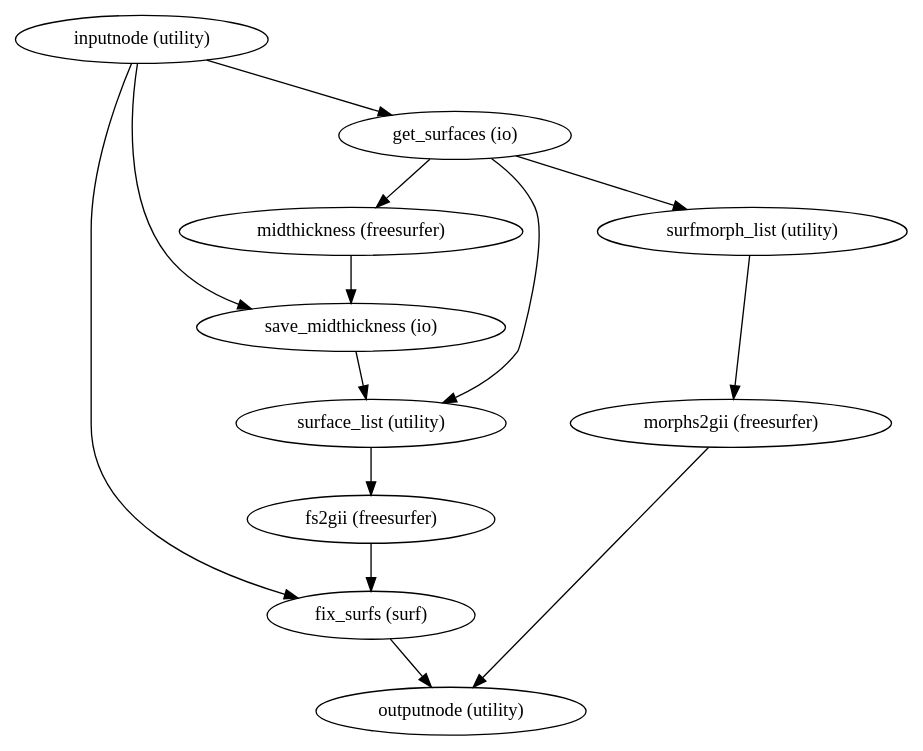
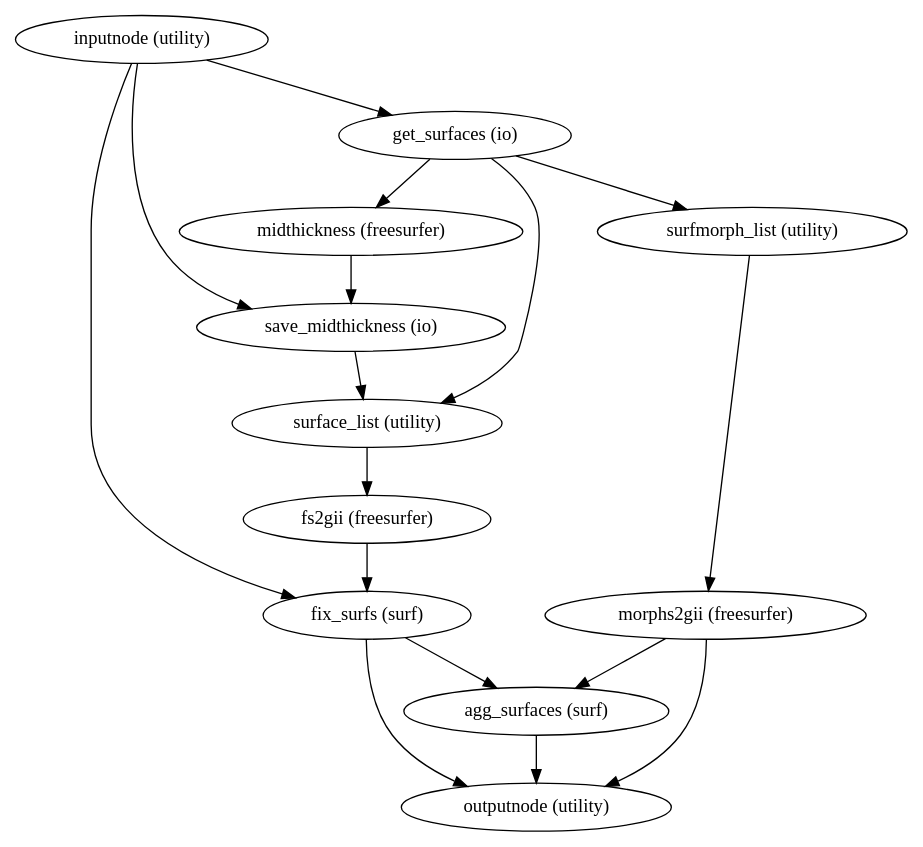
The diagram in 0.11.0/wf_directive/api/gifti_surface_wf/smriprep-workflows-surfaces-2.dot (psadil/smriprep), drawn with Graphviz before and after one commit. The commit also changed 3801 other files, not shown here.

```diff
--- a/0.11.0/wf_directive/api/gifti_surface_wf/smriprep-workflows-surfaces-2.dot
+++ b/0.11.0/wf_directive/api/gifti_surface_wf/smriprep-workflows-surfaces-2.dot
@@ -1,25 +1,29 @@
 strict digraph  {
 "inputnode (utility)";
 "get_surfaces (io)";
 "save_midthickness (io)";
 "fix_surfs (surf)";
 "midthickness (freesurfer)";
 "surface_list (utility)";
 "surfmorph_list (utility)";
 "fs2gii (freesurfer)";
 "outputnode (utility)";
+"agg_surfaces (surf)";
 "morphs2gii (freesurfer)";
 "inputnode (utility)" -> "get_surfaces (io)";
 "inputnode (utility)" -> "save_midthickness (io)";
 "inputnode (utility)" -> "fix_surfs (surf)";
 "get_surfaces (io)" -> "midthickness (freesurfer)";
 "get_surfaces (io)" -> "surface_list (utility)";
 "get_surfaces (io)" -> "surfmorph_list (utility)";
 "save_midthickness (io)" -> "surface_list (utility)";
 "fix_surfs (surf)" -> "outputnode (utility)";
+"fix_surfs (surf)" -> "agg_surfaces (surf)";
 "midthickness (freesurfer)" -> "save_midthickness (io)";
 "surface_list (utility)" -> "fs2gii (freesurfer)";
 "surfmorph_list (utility)" -> "morphs2gii (freesurfer)";
 "fs2gii (freesurfer)" -> "fix_surfs (surf)";
+"agg_surfaces (surf)" -> "outputnode (utility)";
 "morphs2gii (freesurfer)" -> "outputnode (utility)";
+"morphs2gii (freesurfer)" -> "agg_surfaces (surf)";
 }
```
